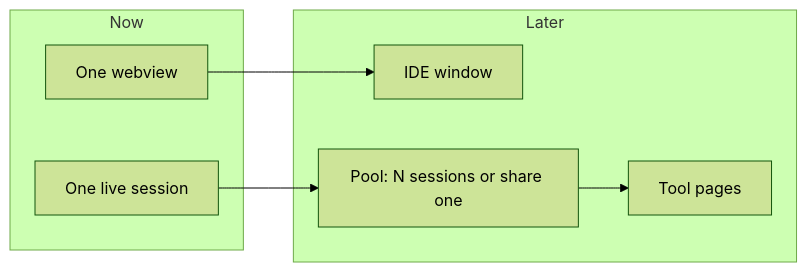
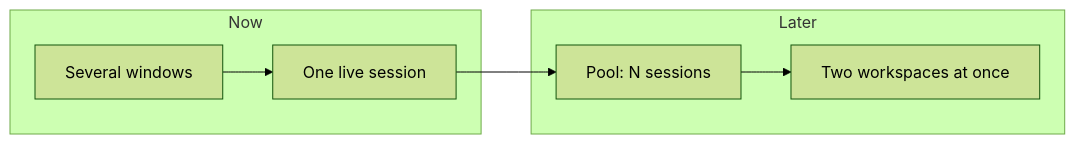
Before and after one commit to idodavis/paradox-modding-tools: the diagram in docs/content/roadmap.md, drawn with Mermaid (forest theme). The commit also changed other lines of this file and 32 other files, not shown here.

```diff
--- a/docs/content/roadmap.md
+++ b/docs/content/roadmap.md
@@ -57,15 +58,14 @@
 {{< mermaid >}}
 flowchart LR
   subgraph now [Now]
-    oneWin[One webview]
+    wins[Several windows]
     oneSess[One live session]
   end
   subgraph later [Later]
-    ideWin[IDE window]
-    toolWin[Tool pages]
-    pool[Pool: N sessions or share one]
+    pool[Pool: N sessions]
+    twoWs[Two workspaces at once]
   end
-  oneWin --> ideWin
+  wins --> oneSess
   oneSess --> pool
-  pool --> toolWin
+  pool --> twoWs
 {{< /mermaid >}}
```
